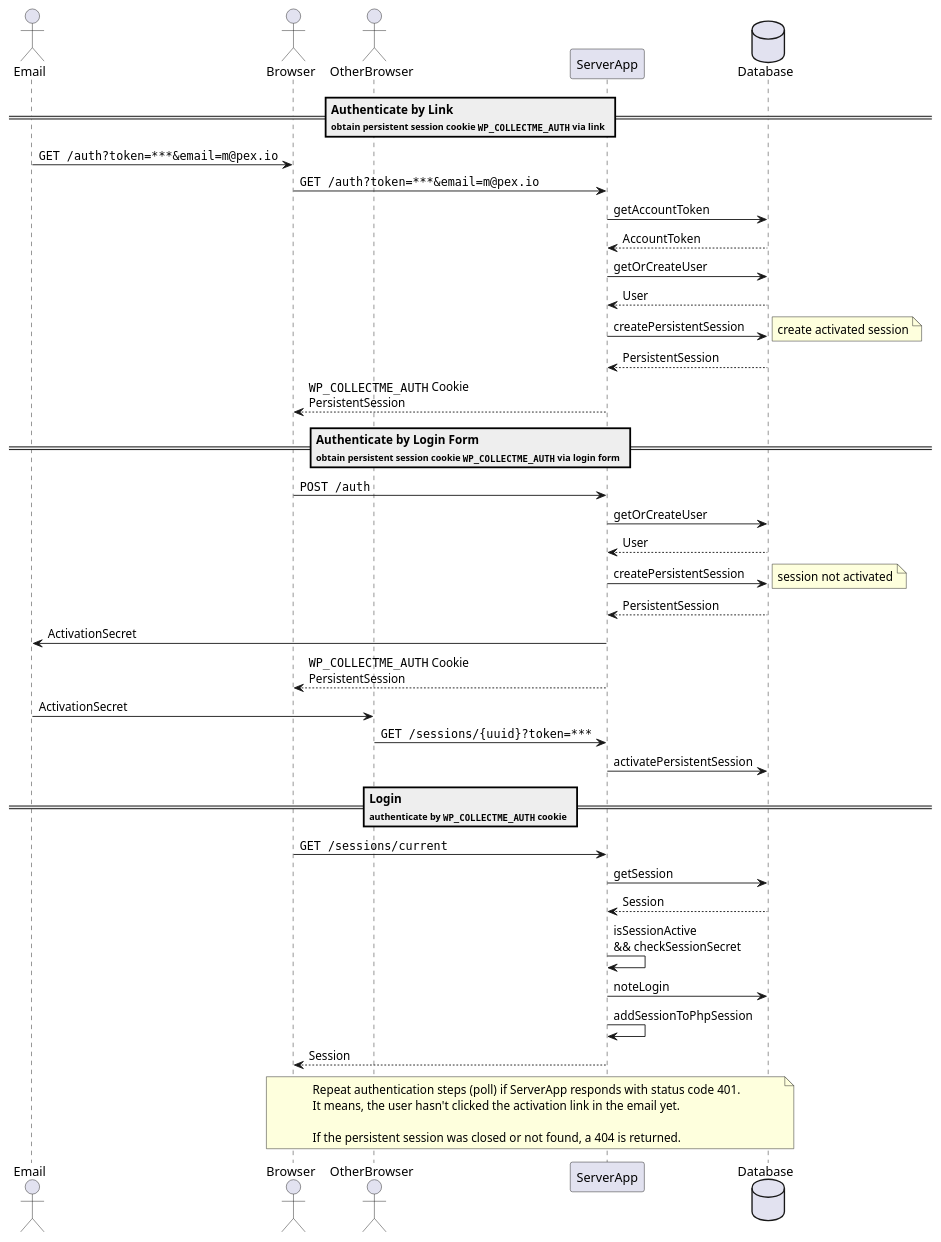
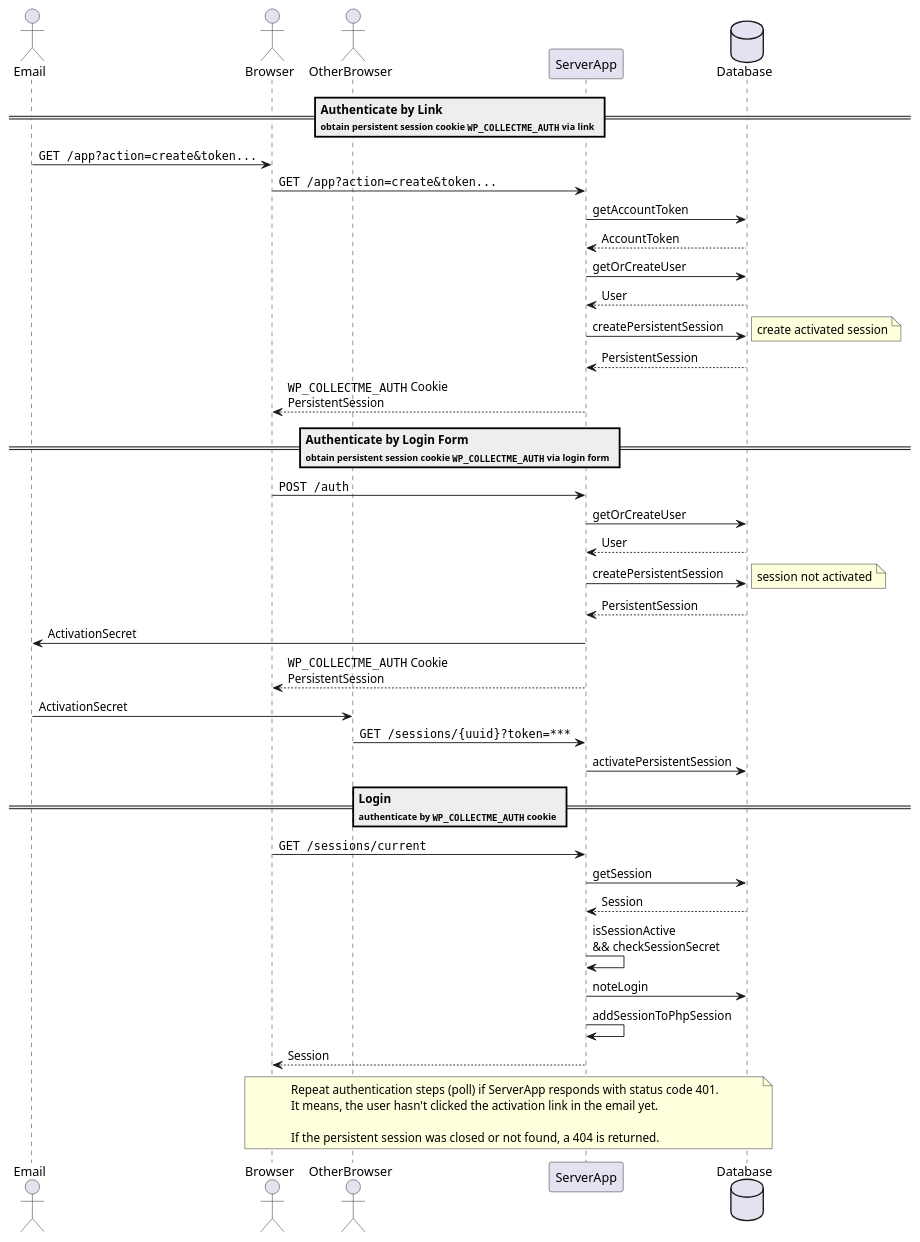
One commit to grueneschweiz/collectme changed the diagram in docs/uml/login-flow.puml. Above: the diagram before and after it, drawn with PlantUML. The commit also changed 1 other file, not shown here.

```diff
--- a/docs/uml/login-flow.puml
+++ b/docs/uml/login-flow.puml
@@ -1,49 +1,49 @@
 @startuml
 Actor Email
 Actor Browser
 Actor OtherBrowser
 Participant ServerApp
 Database Database
 
 
 == Authenticate by Link\n<size:10>obtain persistent session cookie ""WP_COLLECTME_AUTH"" via link</size> ==
-Email -> Browser : ""GET /auth?token=***&email=m@pex.io""
-Browser -> ServerApp : ""GET /auth?token=***&email=m@pex.io""
+Email -> Browser : ""GET /app?action=create&token...""
+Browser -> ServerApp : ""GET /app?action=create&token...""
 ServerApp -> Database : getAccountToken
 Database --> ServerApp : AccountToken
 ServerApp -> Database  : getOrCreateUser
 Database --> ServerApp : User
 ServerApp -> Database  : createPersistentSession
 note right: create activated session
 Database --> ServerApp : PersistentSession
 ServerApp --> Browser  : ""WP_COLLECTME_AUTH"" Cookie\nPersistentSession
 
 == Authenticate by Login Form\n<size:10>obtain persistent session cookie ""WP_COLLECTME_AUTH"" via login form</size> ==
 Browser -> ServerApp   : ""POST /auth""
 ServerApp -> Database  : getOrCreateUser
 Database --> ServerApp : User
 ServerApp -> Database  : createPersistentSession
 note right: session not activated
 Database --> ServerApp : PersistentSession
 ServerApp -> Email     : ActivationSecret
 ServerApp --> Browser  : ""WP_COLLECTME_AUTH"" Cookie\nPersistentSession
 Email -> OtherBrowser  : ActivationSecret
 OtherBrowser -> ServerApp: ""GET /sessions/{uuid}?token=***""
 ServerApp -> Database  : activatePersistentSession
 
 == Login\n<size:10>authenticate by ""WP_COLLECTME_AUTH"" cookie</size> ==
 Browser -> ServerApp : ""GET /sessions/current""
 ServerApp -> Database : getSession
 Database --> ServerApp : Session
 ServerApp -> ServerApp : isSessionActive\n&& checkSessionSecret
 ServerApp -> Database : noteLogin
 ServerApp -> ServerApp : addSessionToPhpSession
 ServerApp --> Browser : Session
 
 note over Browser, Database
 Repeat authentication steps (poll) if ServerApp responds with status code 401.
 It means, the user hasn't clicked the activation link in the email yet.
 
 If the persistent session was closed or not found, a 404 is returned.
 end note
 @enduml
```
